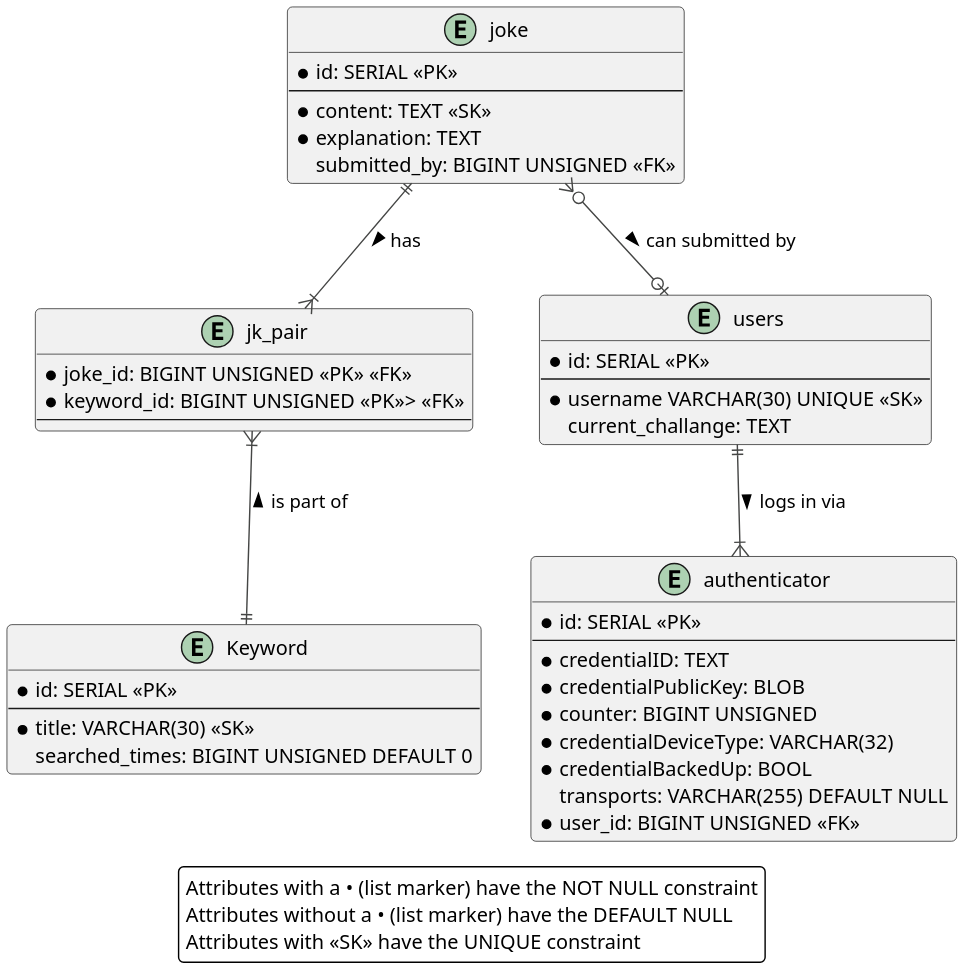
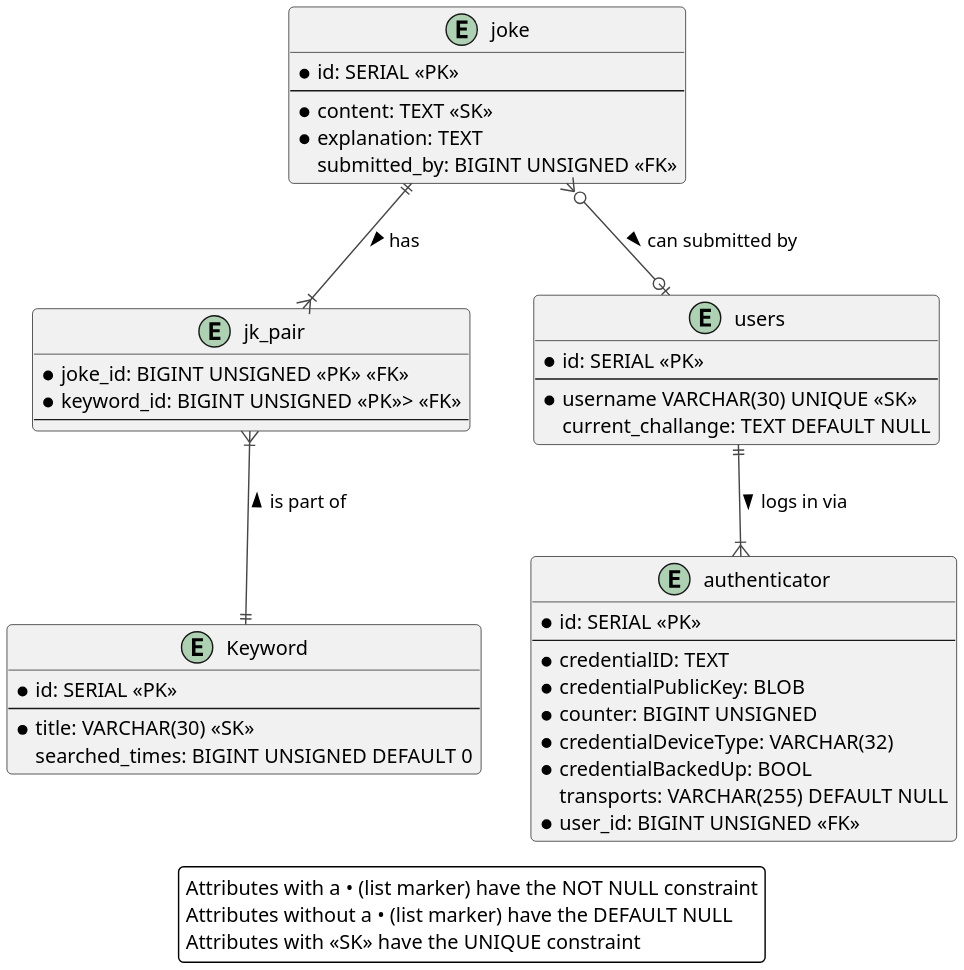
The second of 2 diagrams in database/database_model.md (SturmDerLiebe/bavarian_joke_generator), drawn with PlantUML before and after one commit. The commit also changed 1 other file, not shown here.

Commit message:
Fix(Database): Add a null default to currentChallange

```diff
--- a/database/database_model.md
+++ b/database/database_model.md
@@ -45,58 +45,58 @@
 @startuml
 'skinparam linetype ortho
 scale 2
 !theme vibrant
 
 entity joke {
     * id: SERIAL <<PK>>
     --
     * content: TEXT <<SK>>
     * explanation: TEXT
     submitted_by: BIGINT UNSIGNED <<FK>>
 }
 
 entity jk_pair {
     * joke_id: BIGINT UNSIGNED <<PK>> <<FK>>
     * keyword_id: BIGINT UNSIGNED <<PK>>> <<FK>>
     --
 }
 
 entity Keyword  {
     ' use id instead of title as PK for performance and easier editing of keywords
     * id: SERIAL <<PK>>
     --
     * title: VARCHAR(30) <<SK>>
     searched_times: BIGINT UNSIGNED DEFAULT 0
 }
 
 entity users {
     ' The extra id is necessary for using simplewebauthn:
     * id: SERIAL <<PK>>
     --
     * username VARCHAR(30) UNIQUE <<SK>>
-    current_challange: TEXT
+    current_challange: TEXT DEFAULT NULL
 }
 
 entity authenticator {
     * id: SERIAL <<PK>>
     --
     * credentialID: TEXT
     * credentialPublicKey: BLOB
     * counter: BIGINT UNSIGNED
     * credentialDeviceType: VARCHAR(32)
     * credentialBackedUp: BOOL
     transports: VARCHAR(255) DEFAULT NULL
     * user_id: BIGINT UNSIGNED <<FK>>
 }
 
 joke ||--|{ jk_pair : has >
 jk_pair }|--|| Keyword : is part of <
 joke }o--o| users : can submitted by >
 users ||--|{ authenticator : logs in via > 
 
 legend
     Attributes with a • (list marker) have the NOT NULL constraint
     Attributes without a • (list marker) have the DEFAULT NULL
     Attributes with <<SK>> have the UNIQUE constraint
 endlegend
 @enduml
```
